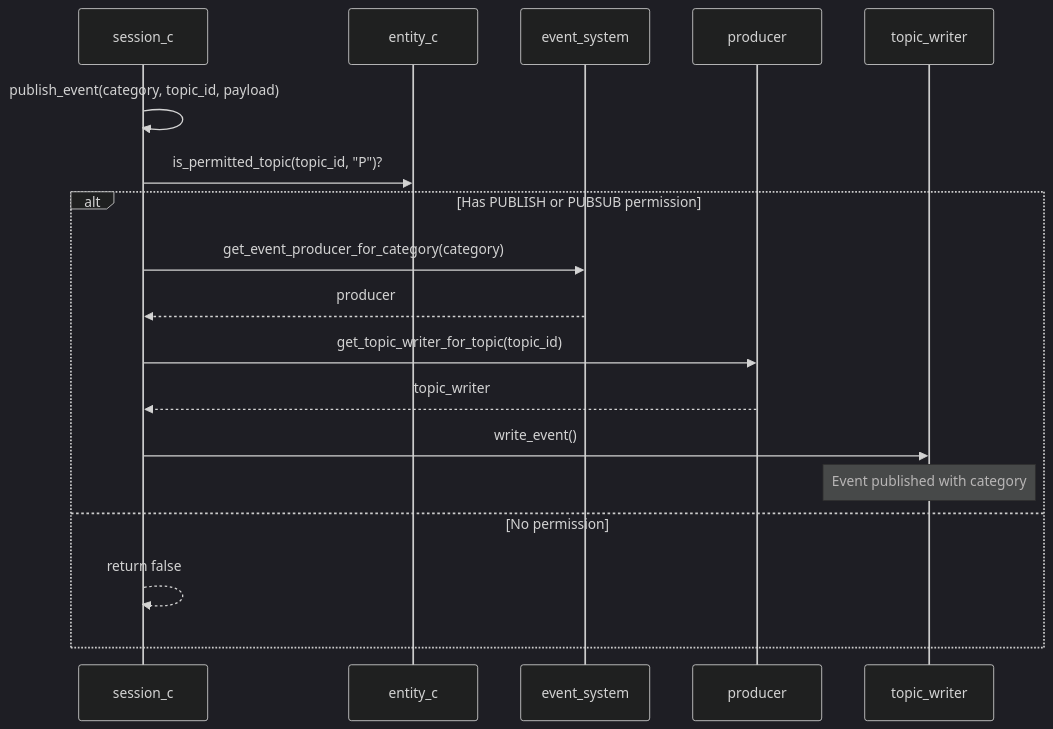
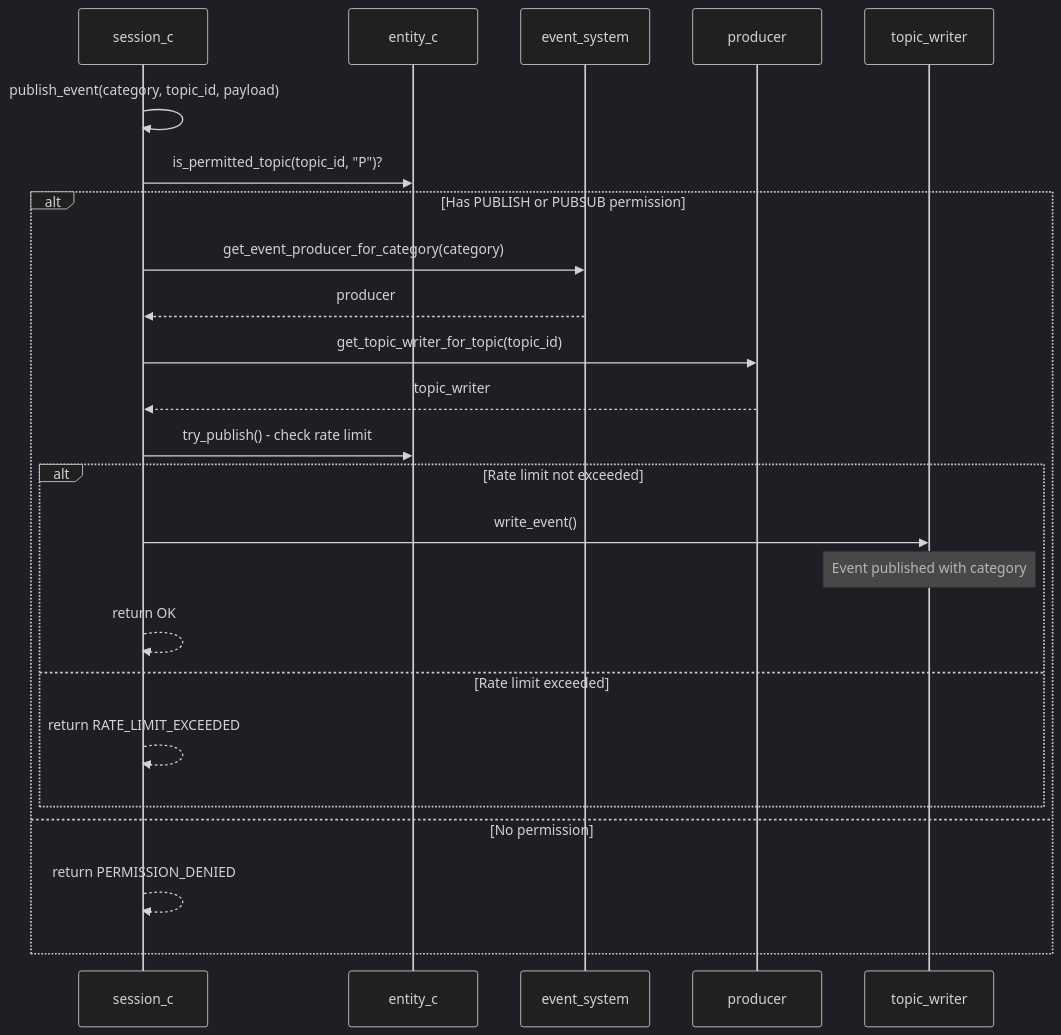
The third of 4 diagrams in pkg/runtime/session/about.md (bosley/sxs), drawn with Mermaid (dark theme) before and after one commit. The commit also changed other lines of this file and 2 other files, not shown here.

````diff
--- a/pkg/runtime/session/about.md
+++ b/pkg/runtime/session/about.md
@@ -87,22 +93,28 @@
 ```mermaid
 sequenceDiagram
     participant Sess as session_c
     participant Ent as entity_c
     participant ES as event_system
     participant Prod as producer
     participant Writer as topic_writer
     
     Sess->>Sess: publish_event(category, topic_id, payload)
     Sess->>Ent: is_permitted_topic(topic_id, "P")?
     
     alt Has PUBLISH or PUBSUB permission
         Sess->>ES: get_event_producer_for_category(category)
         ES-->>Sess: producer
         Sess->>Prod: get_topic_writer_for_topic(topic_id)
         Prod-->>Sess: topic_writer
-        Sess->>Writer: write_event()
-        Note over Writer: Event published with category
+        Sess->>Ent: try_publish() - check rate limit
+        alt Rate limit not exceeded
+            Sess->>Writer: write_event()
+            Note over Writer: Event published with category
+            Sess-->>Sess: return OK
+        else Rate limit exceeded
+            Sess-->>Sess: return RATE_LIMIT_EXCEEDED
+        end
     else No permission
-        Sess-->>Sess: return false
+        Sess-->>Sess: return PERMISSION_DENIED
     end
 ```
````
